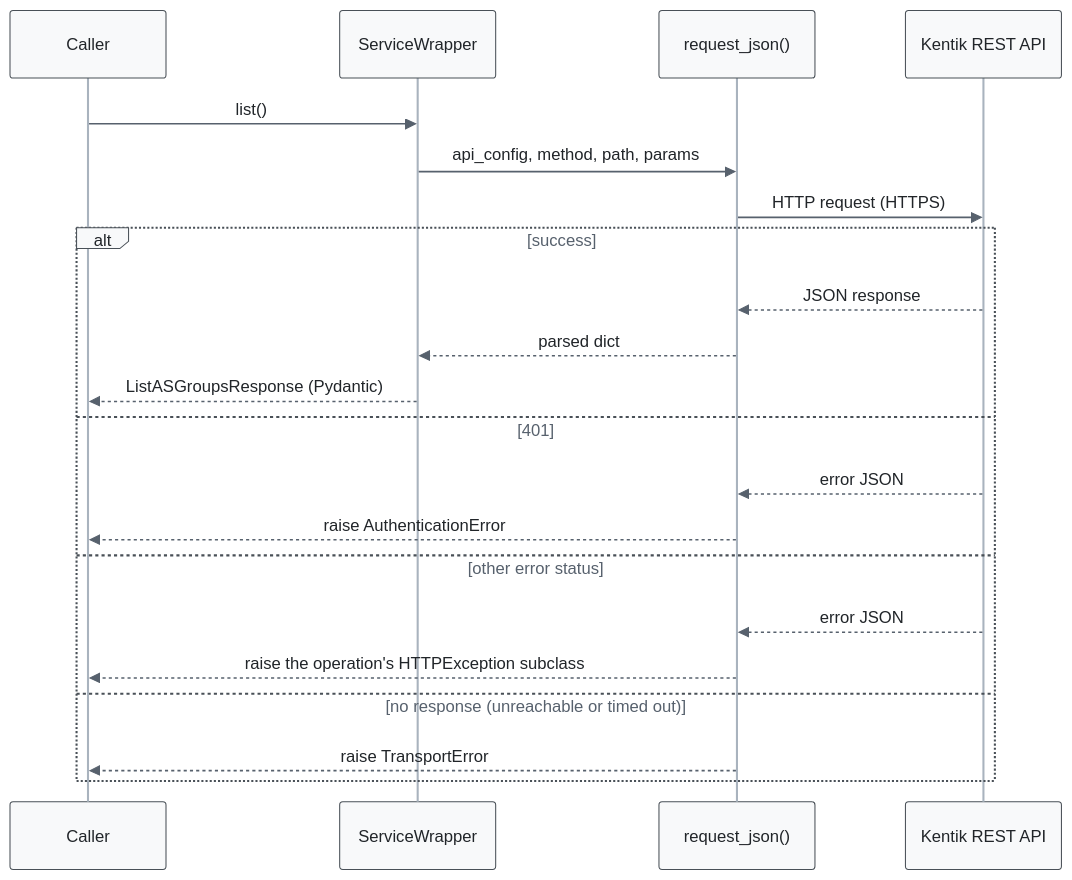
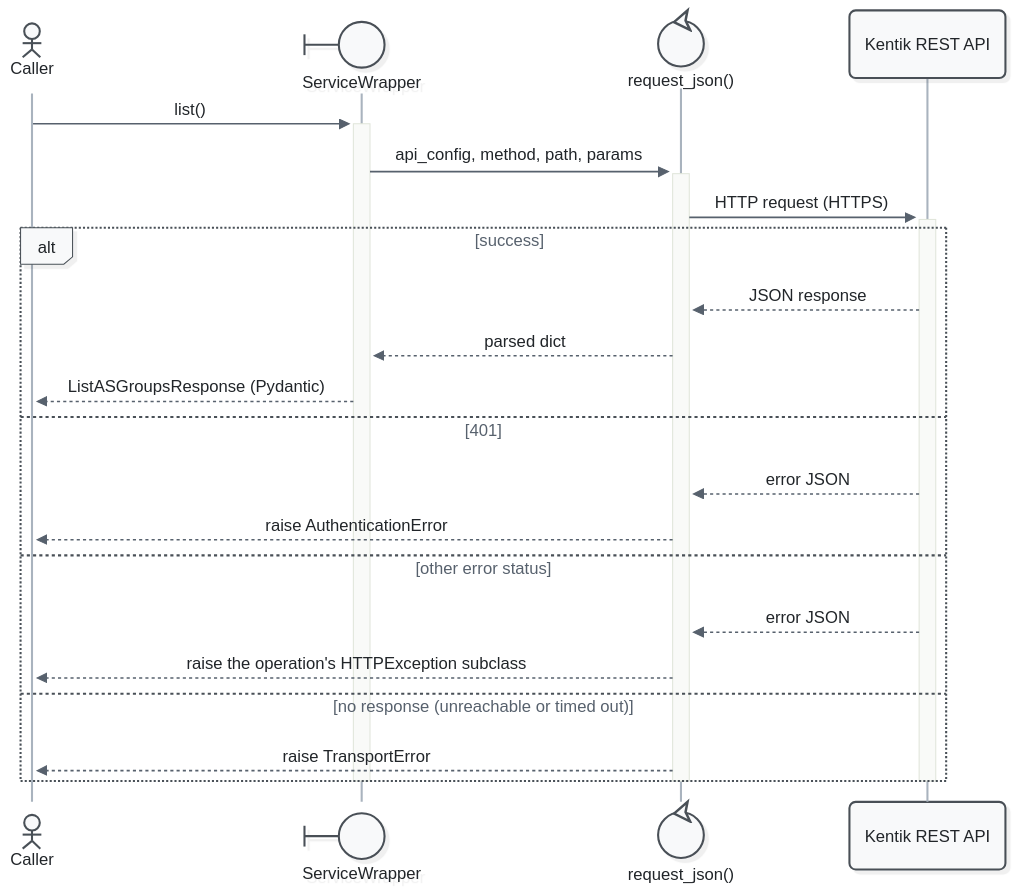
One commit to alexdearaujo/community_sdk_python changed the first of 2 diagrams in docs/sphinx/guides/grpc.md. Above: the diagram before and after it, drawn with Mermaid. The commit also changed other lines of this file and 52 other files, not shown here.

First line of the commit message:
docs: Mermaid 12 sequence diagrams with participant types and path colors

````diff
--- a/docs/sphinx/guides/grpc.md
+++ b/docs/sphinx/guides/grpc.md
@@ -36,25 +36,28 @@
 ```mermaid
-%%{init: {"theme": "base", "fontFamily": "ui-monospace, SFMono-Regular, Menlo, monospace", "themeVariables": {"fontFamily": "ui-monospace, SFMono-Regular, Menlo, monospace", "primaryColor": "#f8f9fa", "primaryBorderColor": "#495057", "primaryTextColor": "#212529", "textColor": "#212529", "lineColor": "#77818c", "edgeLabelBackground": "#ffffff", "actorBkg": "#f8f9fa", "actorBorder": "#495057", "actorTextColor": "#212529", "actorLineColor": "#a9b3be", "signalColor": "#57616d", "signalTextColor": "#212529", "labelBoxBkgColor": "#f8f9fa", "labelBoxBorderColor": "#495057", "labelTextColor": "#212529", "loopTextColor": "#57616d", "noteBkgColor": "#fff9db", "noteBorderColor": "#f08c00", "noteTextColor": "#a35a00"}, "flowchart": {"curve": "step", "nodeSpacing": 30, "rankSpacing": 70, "wrappingWidth": 400}}}%%
+%%{init: {"theme": "redux", "look": "neo", "layout": "dagre", "fontFamily": "ui-monospace, SFMono-Regular, Menlo, monospace", "themeVariables": {"fontFamily": "ui-monospace, SFMono-Regular, Menlo, monospace", "primaryColor": "#f8f9fa", "primaryBorderColor": "#495057", "primaryTextColor": "#212529", "textColor": "#212529", "lineColor": "#77818c", "edgeLabelBackground": "#ffffff", "actorBkg": "#f8f9fa", "actorBorder": "#495057", "actorTextColor": "#212529", "actorLineColor": "#a9b3be", "signalColor": "#57616d", "signalTextColor": "#212529", "labelBoxBkgColor": "#f8f9fa", "labelBoxBorderColor": "#495057", "labelTextColor": "#212529", "loopTextColor": "#57616d", "noteBkgColor": "#fff9db", "noteBorderColor": "#f08c00", "noteTextColor": "#a35a00"}, "sequence": {"activationWidth": 16}, "flowchart": {"curve": "step", "nodeSpacing": 30, "rankSpacing": 70, "wrappingWidth": 400}}}%%
 sequenceDiagram
-    participant C as Caller
-    participant W as ServiceWrapper
-    participant RJ as request_json()
+    actor C as Caller
+    participant W@{ "type": "boundary" } as ServiceWrapper
+    participant RJ@{ "type": "control" } as request_json()
     participant API as Kentik REST API
 
-    C->>W: list()
-    W->>RJ: api_config, method, path, params
-    RJ->>API: HTTP request (HTTPS)
+    C->>+W: list()
+    W->>+RJ: api_config, method, path, params
+    RJ->>+API: HTTP request (HTTPS)
     alt success
         API-->>RJ: JSON response
         RJ-->>W: parsed dict
         W-->>C: ListASGroupsResponse (Pydantic)
     else 401
         API-->>RJ: error JSON
         RJ-->>C: raise AuthenticationError
     else other error status
         API-->>RJ: error JSON
         RJ-->>C: raise the operation's HTTPException subclass
     else no response (unreachable or timed out)
         RJ-->>C: raise TransportError
     end
+    deactivate API
+    deactivate RJ
+    deactivate W
 ```
````
